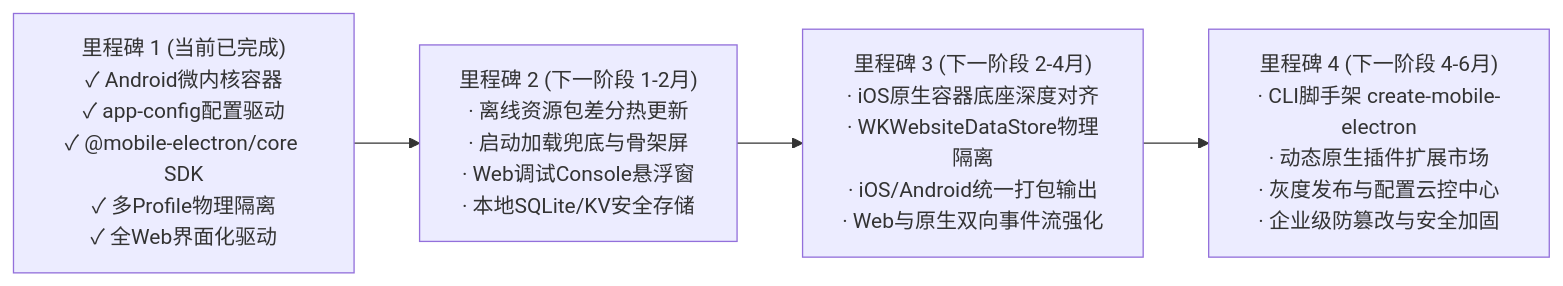
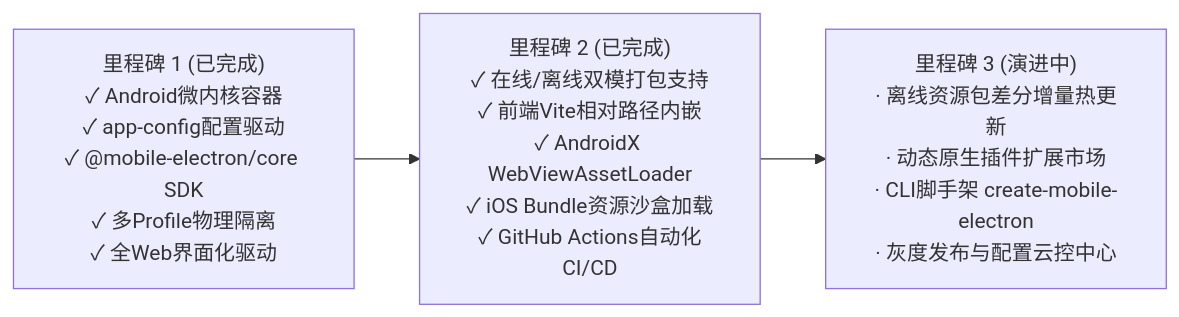
Before and after one commit to gplwzz1989/mobile-electron: the diagram in docs/NEXT_PHASE_ROADMAP.md, drawn with Mermaid. The commit also changed 23 other files, not shown here.

````diff
--- a/docs/NEXT_PHASE_ROADMAP.md
+++ b/docs/NEXT_PHASE_ROADMAP.md
@@ -10,12 +10,10 @@
 ```mermaid
 flowchart LR
-    M1["里程碑 1 (当前已完成)<br/>✓ Android微内核容器<br/>✓ app-config配置驱动<br/>✓ @mobile-electron/core SDK<br/>✓ 多Profile物理隔离<br/>✓ 全Web界面化驱动"]
+    M1["里程碑 1 (已完成)<br/>✓ Android微内核容器<br/>✓ app-config配置驱动<br/>✓ @mobile-electron/core SDK<br/>✓ 多Profile物理隔离<br/>✓ 全Web界面化驱动"]
     
-    M2["里程碑 2 (下一阶段 1-2月)<br/>· 离线资源包差分热更新<br/>· 启动加载兜底与骨架屏<br/>· Web调试Console悬浮窗<br/>· 本地SQLite/KV安全存储"]
+    M2["里程碑 2 (已完成)<br/>✓ 在线/离线双模打包支持<br/>✓ 前端Vite相对路径内嵌<br/>✓ AndroidX WebViewAssetLoader<br/>✓ iOS Bundle资源沙盒加载<br/>✓ GitHub Actions自动化CI/CD"]
 
-    M3["里程碑 3 (下一阶段 2-4月)<br/>· iOS原生容器底座深度对齐<br/>· WKWebsiteDataStore物理隔离<br/>· iOS/Android统一打包输出<br/>· Web与原生双向事件流强化"]
+    M3["里程碑 3 (演进中)<br/>· 离线资源包差分增量热更新<br/>· 动态原生插件扩展市场<br/>· CLI脚手架 create-mobile-electron<br/>· 灰度发布与配置云控中心"]
 
-    M4["里程碑 4 (下一阶段 4-6月)<br/>· CLI脚手架 create-mobile-electron<br/>· 动态原生插件扩展市场<br/>· 灰度发布与配置云控中心<br/>· 企业级防篡改与安全加固"]
-
-    M1 --> M2 --> M3 --> M4
+    M1 --> M2 --> M3
 ```
````
